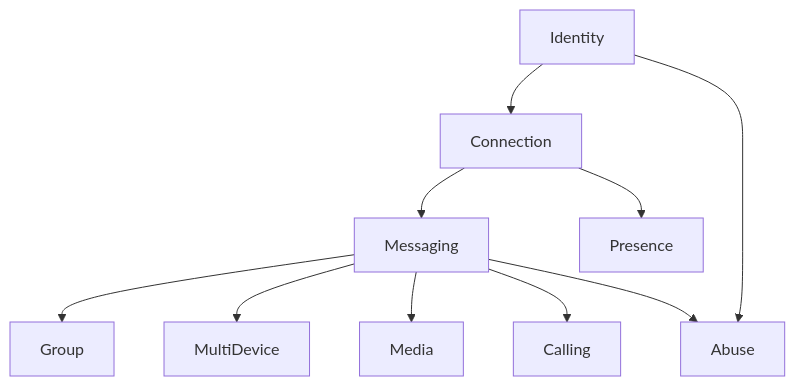
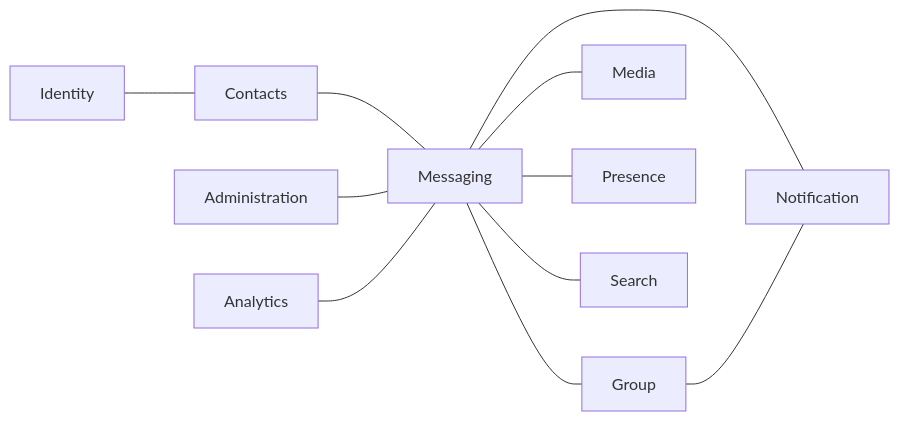
Before and after one commit to mostafiz57/Software-Architecture-Playbook: the second of 3 diagrams in case-studies/whatsapp/README.md, drawn with Mermaid. The commit also changed other lines of this file, not shown here.

````diff
--- a/case-studies/whatsapp/README.md
+++ b/case-studies/whatsapp/README.md
@@ -268,12 +294,13 @@
 ```mermaid
-flowchart TB
-  Identity --> Connection
-  Connection --> Messaging
-  Messaging --> Group
-  Messaging --> MultiDevice
-  Messaging --> Media
-  Connection --> Presence
-  Messaging --> Calling
-  Identity --> Abuse
-  Messaging --> Abuse
+flowchart LR
+  Identity --- Contacts
+  Contacts --- Messaging
+  Messaging --- Group
+  Messaging --- Media
+  Messaging --- Presence
+  Messaging --- Notification
+  Messaging --- Search
+  Group --- Notification
+  Administration --- Messaging
+  Analytics --- Messaging
 ```
````
